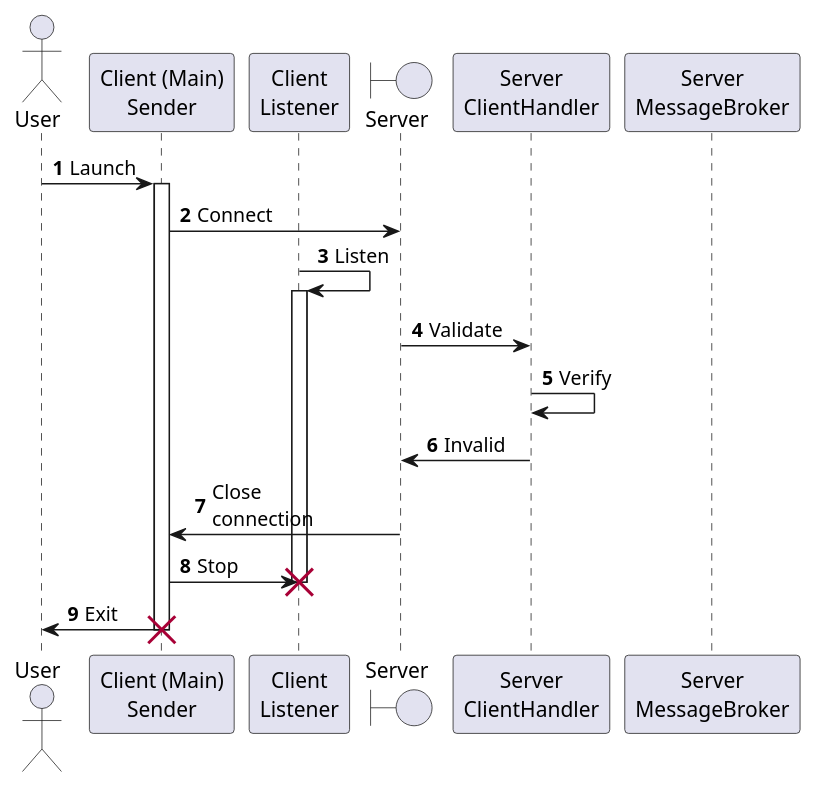
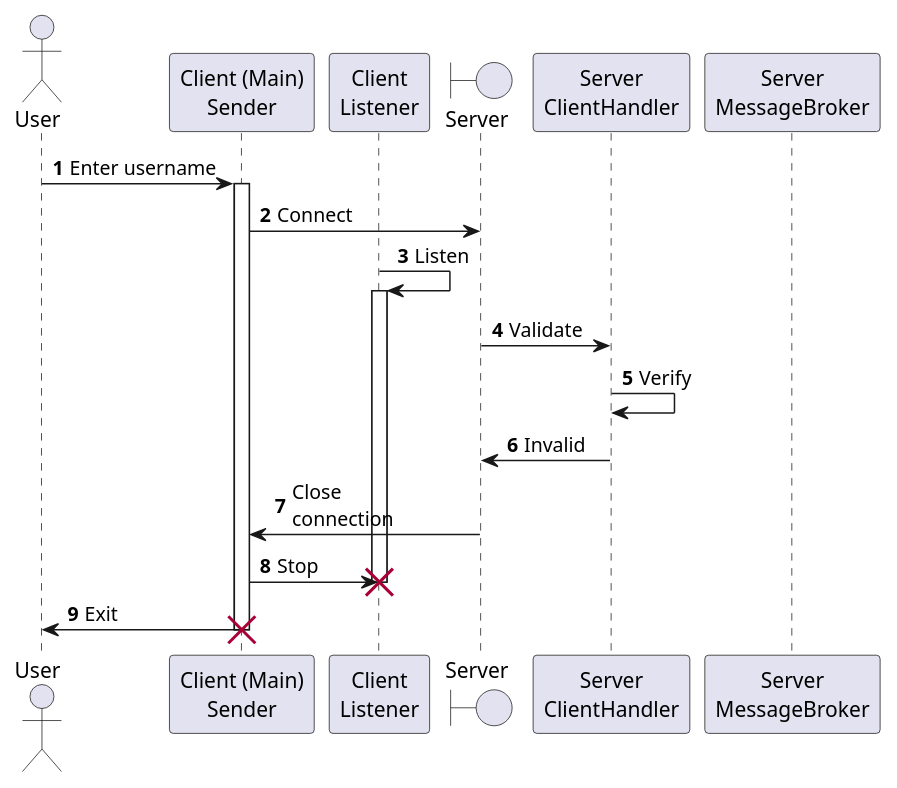
One commit to humgate/n-chat changed the diagram in NegativeSequence.puml. Above: the diagram before and after it, drawn with PlantUML. The commit also changed 1 other file, not shown here.

Commit message:
-добавлена диаграмма последовательности для негативного варианта

```diff
--- a/NegativeSequence.puml
+++ b/NegativeSequence.puml
@@ -1,25 +1,25 @@
 @startuml
 'https://plantuml.com/sequence-diagram
 actor User
 participant clientSender as "Client (Main)\nSender"
 participant clientListener as "Client\nListener"
 boundary Server
 participant clientHandler as "Server\nClientHandler"
 participant messageBroker as "Server\nMessageBroker"
 
 autonumber
 
-User -> clientSender: Launch
+User -> clientSender: Enter username
 activate clientSender
 clientSender -> Server: Connect
 clientListener -> clientListener: Listen
 activate clientListener
 Server -> clientHandler: Validate
 clientHandler -> clientHandler: Verify
 clientHandler -> Server: Invalid
 Server -> clientSender: Close\nconnection
 clientSender -> clientListener: Stop
 destroy clientListener
 clientSender -> User: Exit
 destroy clientSender
 @enduml
```
